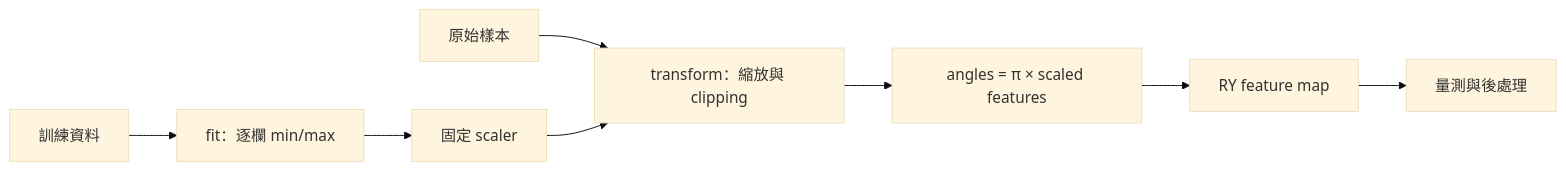
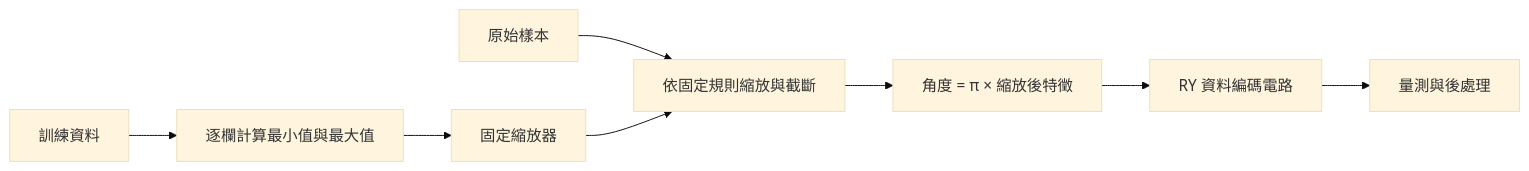
Before and after one commit to kancheng/qml-engineering-30-days: the diagram in articles/day11/README.md, drawn with Mermaid (base theme). The commit also changed other lines of this file and 3 other files, not shown here.

````diff
--- a/articles/day11/README.md
+++ b/articles/day11/README.md
@@ -25,10 +19,10 @@
 ```mermaid
 flowchart LR
-    T[訓練資料] --> F[fit：逐欄 min/max]
-    F --> S[固定 scaler]
-    R[原始樣本] --> P[transform：縮放與 clipping]
+    T[訓練資料] --> F[逐欄計算最小值與最大值]
+    F --> S[固定縮放器]
+    R[原始樣本] --> P[依固定規則縮放與截斷]
     S --> P
-    P --> A[angles = π × scaled features]
-    A --> Q[RY feature map]
+    P --> A[角度 = π × 縮放後特徵]
+    A --> Q[RY 資料編碼電路]
     Q --> M[量測與後處理]
 ```
````
